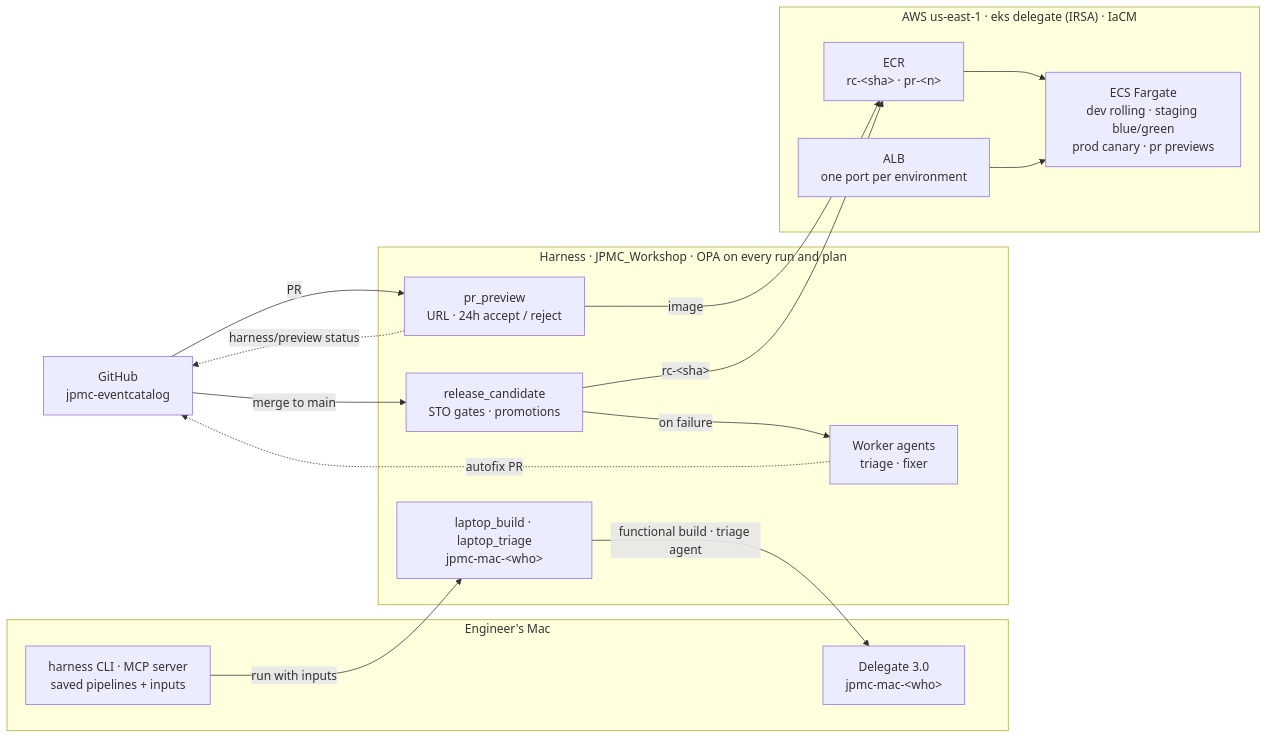
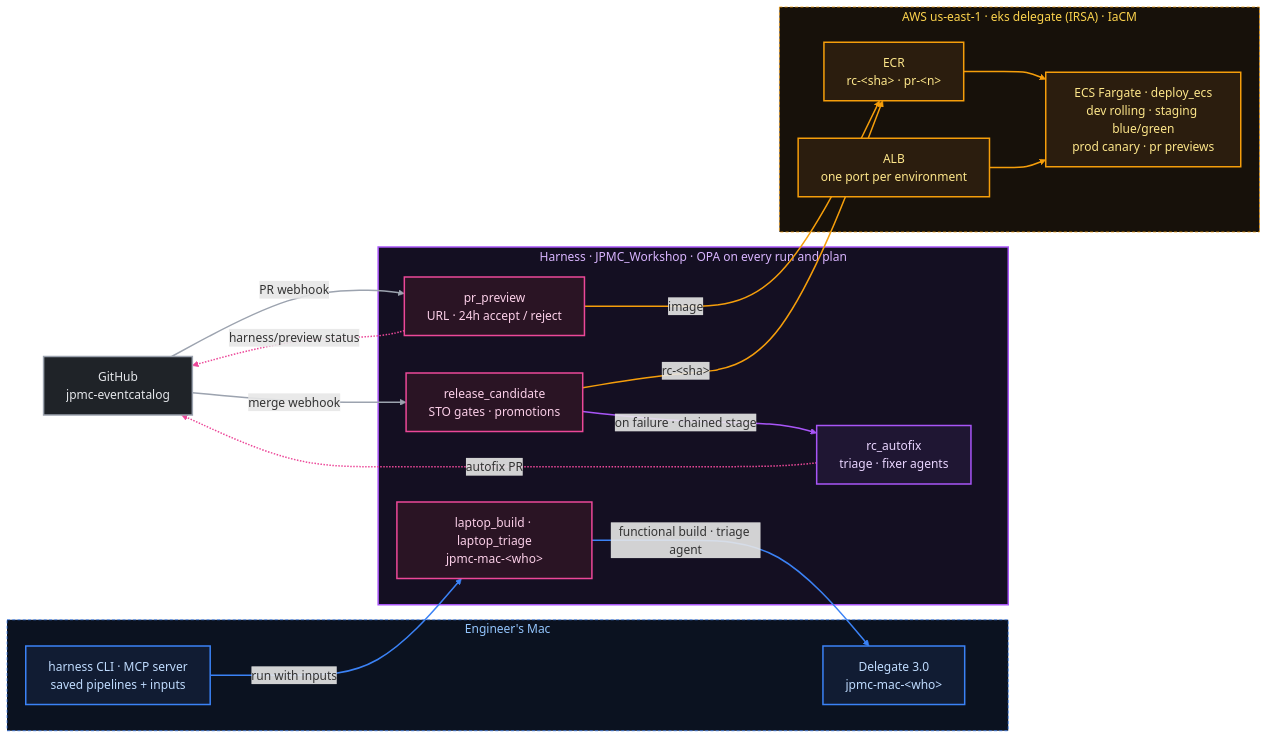
The diagram in examples/default/docs/delivery/01-delivery-architecture.mdx (mansong1/jpmc-eventcatalog), drawn with Mermaid before and after one commit. The commit also changed other lines of this file and 12 other files, not shown here.

````diff
--- a/examples/default/docs/delivery/01-delivery-architecture.mdx
+++ b/examples/default/docs/delivery/01-delivery-architecture.mdx
@@ -20,31 +38,50 @@
 ```mermaid
 flowchart LR
   subgraph laptop["Engineer's Mac"]
     cli["harness CLI · MCP server<br/>saved pipelines + inputs"]
     d3["Delegate 3.0<br/>jpmc-mac-&lt;who&gt;"]
   end
   repo["GitHub<br/>jpmc-eventcatalog"]
   subgraph harness["Harness · JPMC_Workshop · OPA on every run and plan"]
     lap["laptop_build · laptop_triage<br/>jpmc-mac-&lt;who&gt;"]
     pv["pr_preview<br/>URL · 24h accept / reject"]
     rc["release_candidate<br/>STO gates · promotions"]
-    agents["Worker agents<br/>triage · fixer"]
+    agents["rc_autofix<br/>triage · fixer agents"]
   end
   subgraph aws["AWS us-east-1 · eks delegate (IRSA) · IaCM"]
     ecr["ECR<br/>rc-&lt;sha&gt; · pr-&lt;n&gt;"]
-    ecs["ECS Fargate<br/>dev rolling · staging blue/green<br/>prod canary · pr previews"]
+    ecs["ECS Fargate · deploy_ecs<br/>dev rolling · staging blue/green<br/>prod canary · pr previews"]
     alb["ALB<br/>one port per environment"]
   end
 
   cli -->|run with inputs| lap
   lap -->|functional build · triage agent| d3
-  repo -->|PR| pv
-  repo -->|merge to main| rc
-  rc -->|on failure| agents
+  repo -->|PR webhook| pv
+  repo -->|merge webhook| rc
+  rc -->|on failure · chained stage| agents
   pv -->|image| ecr
   rc -->|rc-&lt;sha&gt;| ecr
   ecr --> ecs
   alb --> ecs
   pv -.->|harness/preview status| repo
   agents -.->|autofix PR| repo
+
+  classDef pipeline fill:#2a1424,stroke:#ec4899,stroke-width:2px,color:#fbcfe8
+  classDef entry fill:#111c33,stroke:#3b82f6,stroke-width:2px,color:#bfdbfe
+  classDef agent fill:#1f1633,stroke:#a855f7,stroke-width:2px,color:#e9d5ff
+  classDef ext fill:#1f2328,stroke:#9ca3af,stroke-width:2px,color:#e5e7eb
+  classDef cloud fill:#2b1d0e,stroke:#f59e0b,stroke-width:2px,color:#fde68a
+  class pv,rc,lap pipeline
+  class cli,d3 entry
+  class agents agent
+  class repo ext
+  class ecr,ecs,alb cloud
+  style laptop fill:#0b1220,stroke:#3b82f6,stroke-dasharray:4 3,color:#93c5fd
+  style harness fill:#140f22,stroke:#a855f7,stroke-width:2px,color:#d8b4fe
+  style aws fill:#17110a,stroke:#f59e0b,stroke-dasharray:4 3,color:#fcd34d
+  linkStyle 0,1 stroke:#3b82f6,stroke-width:2px
+  linkStyle 2,3 stroke:#9ca3af,stroke-width:2px
+  linkStyle 4 stroke:#a855f7,stroke-width:2px
+  linkStyle 5,6,7,8 stroke:#f59e0b,stroke-width:2px
+  linkStyle 9,10 stroke:#ec4899,stroke-width:2px
 ```
````
